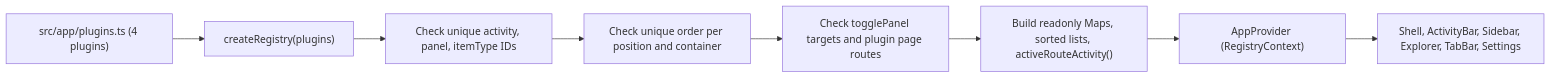
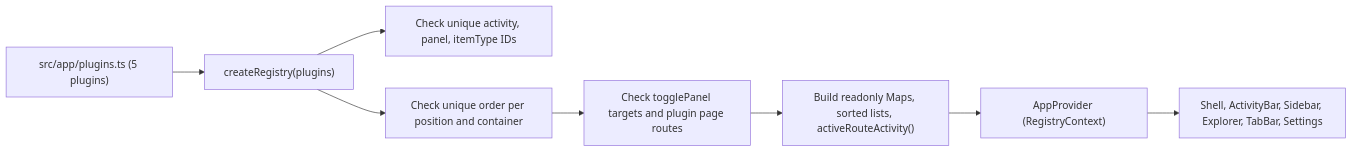
Before and after one commit to ppongtong/ide-shell: the sixth of 12 diagrams in docs/DESIGN.md, drawn with Mermaid. The commit also changed other lines of this file, not shown here.

Commit message:
Fix Mermaid sequenceDiagram syntax and sync DESIGN.md with plugin contracts

````diff
--- a/docs/DESIGN.md
+++ b/docs/DESIGN.md
@@ -273,10 +272,10 @@
 ```mermaid
 flowchart LR
-    Plugins["src/app/plugins.ts (4 plugins)"] --> Create["createRegistry(plugins)"]
+    Plugins["src/app/plugins.ts (5 plugins)"] --> Create["createRegistry(plugins)"]
     Create --> CheckIds["Check unique activity, panel, itemType IDs"]
-    CheckIds --> CheckOrder["Check unique order per position and container"]
+    Create --> CheckOrder["Check unique order per position and container"]
     CheckOrder --> CheckRefs["Check togglePanel targets and plugin page routes"]
     CheckRefs --> Index["Build readonly Maps, sorted lists, activeRouteActivity()"]
     Index --> Provider["AppProvider (RegistryContext)"]
     Provider --> UI["Shell, ActivityBar, Sidebar, Explorer, TabBar, Settings"]
 ```
````
